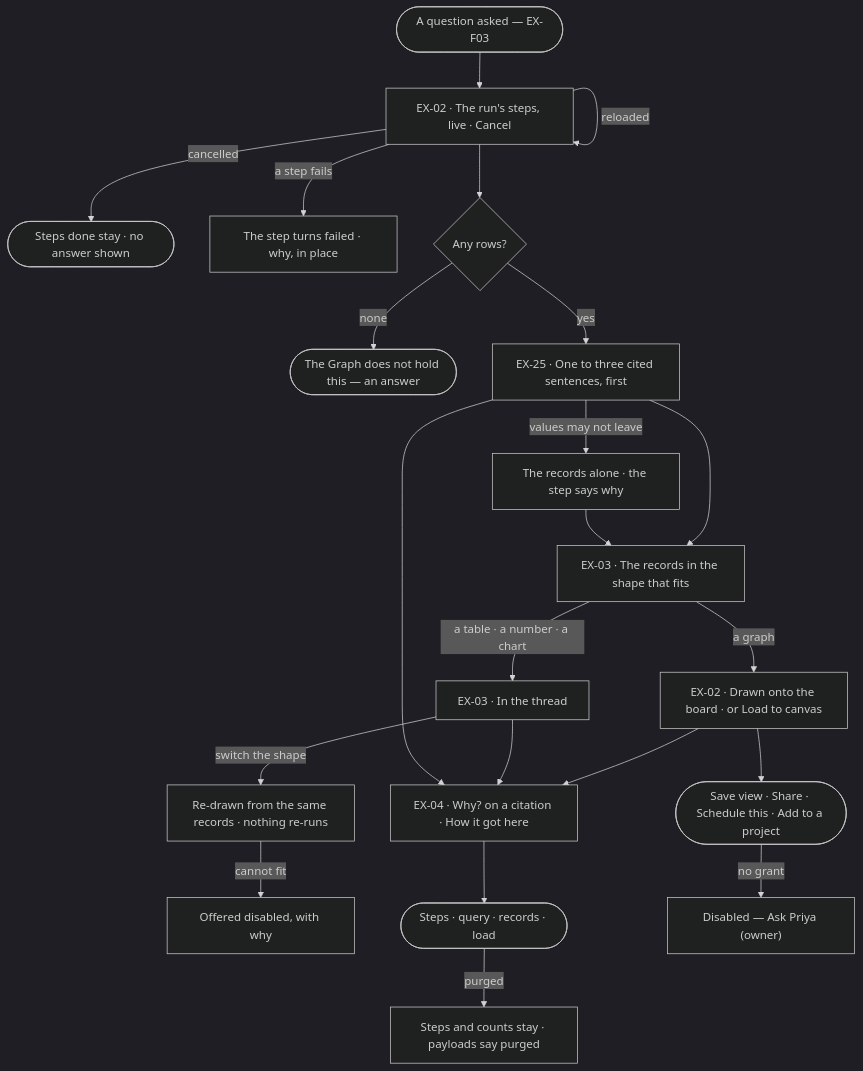
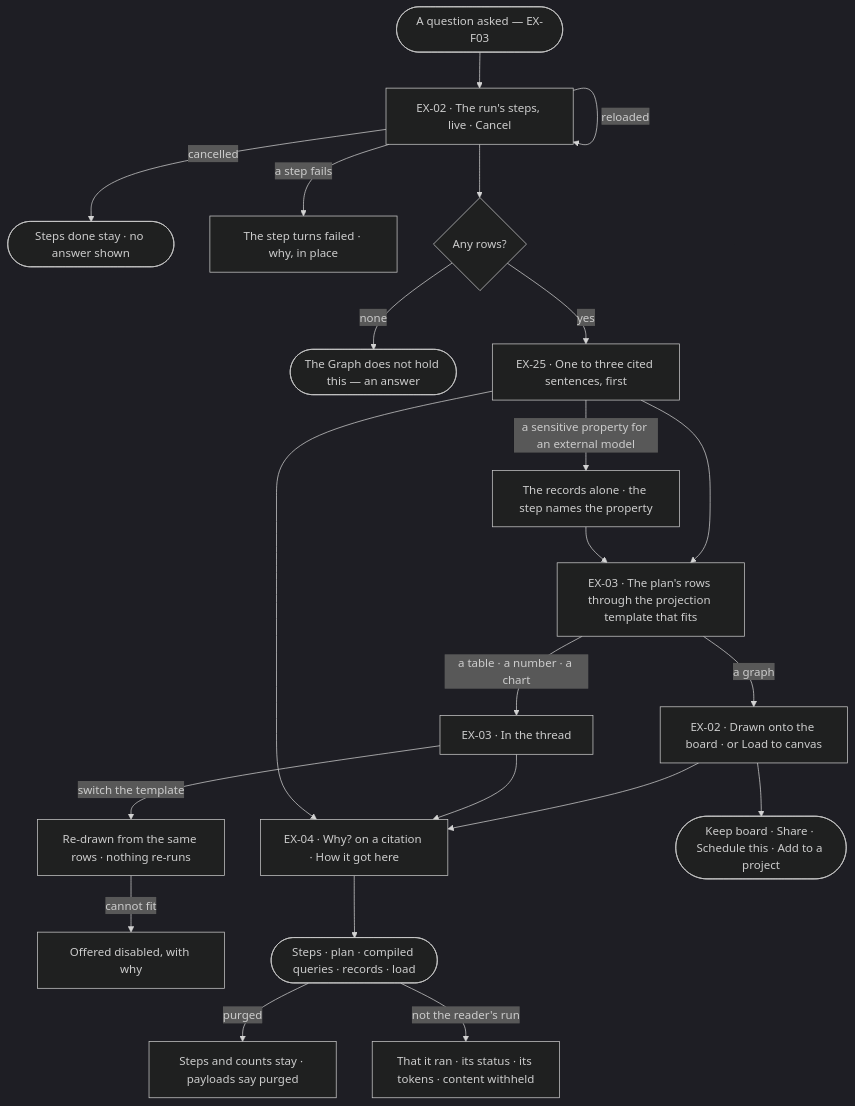
One commit to invana/invana changed the first of 2 diagrams in specs/capabilities/explore/features/EX-F04-the-answer/feature.md. Above: the diagram before and after it, drawn with Mermaid (dark theme). The commit also changed other lines of this file and 522 other files, not shown here.

````diff
--- a/specs/capabilities/explore/features/EX-F04-the-answer/feature.md
+++ b/specs/capabilities/explore/features/EX-F04-the-answer/feature.md
@@ -24,24 +26,24 @@
 ```mermaid
 flowchart TD
   start([A question asked — EX-F03]) --> live["EX-02 · The run's steps, live · Cancel"]
   live -->|cancelled| cx(["Steps done stay · no answer shown"])
   live -->|a step fails| fl["The step turns failed · why, in place"]
   live -->|reloaded| live
   live --> rows{Any rows?}
   rows -->|none| empty(["The Graph does not hold this — an answer"])
   rows -->|yes| words["EX-25 · One to three cited sentences, first"]
-  words -->|values may not leave| skip["The records alone · the step says why"]
-  words --> shape["EX-03 · The records in the shape that fits"]
+  words -->|a sensitive property for an external model| skip["The records alone · the step names the property"]
+  words --> shape["EX-03 · The plan's rows through the projection template that fits"]
   skip --> shape
   shape -->|a graph| draw["EX-02 · Drawn onto the board · or Load to canvas"]
   shape -->|a table · a number · a chart| card["EX-03 · In the thread"]
-  card -->|switch the shape| sw["Re-drawn from the same records · nothing re-runs"]
+  card -->|switch the template| sw["Re-drawn from the same rows · nothing re-runs"]
   sw -->|cannot fit| dis["Offered disabled, with why"]
   draw --> why["EX-04 · Why? on a citation · How it got here"]
   card --> why
   words --> why
-  why --> trace(["Steps · query · records · load"])
+  why --> trace(["Steps · plan · compiled queries · records · load"])
   trace -->|purged| pg["Steps and counts stay · payloads say purged"]
-  draw --> act(["Save view · Share · Schedule this · Add to a project"])
-  act -->|no grant| na["Disabled — Ask Priya (owner)"]
+  trace -->|not the reader's run| wh["That it ran · its status · its tokens · content withheld"]
+  draw --> act(["Keep board · Share · Schedule this · Add to a project"])
 ```
````
